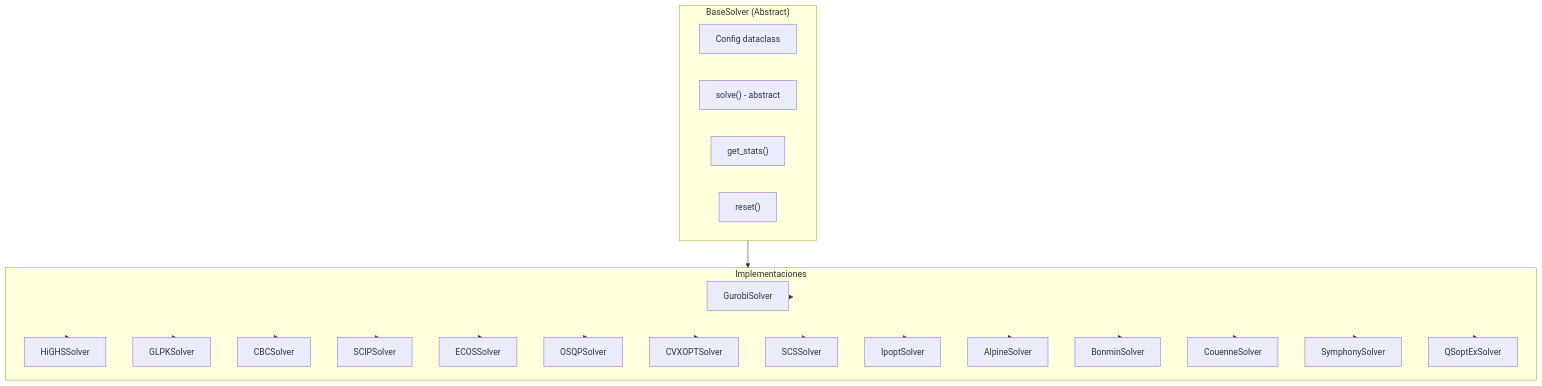
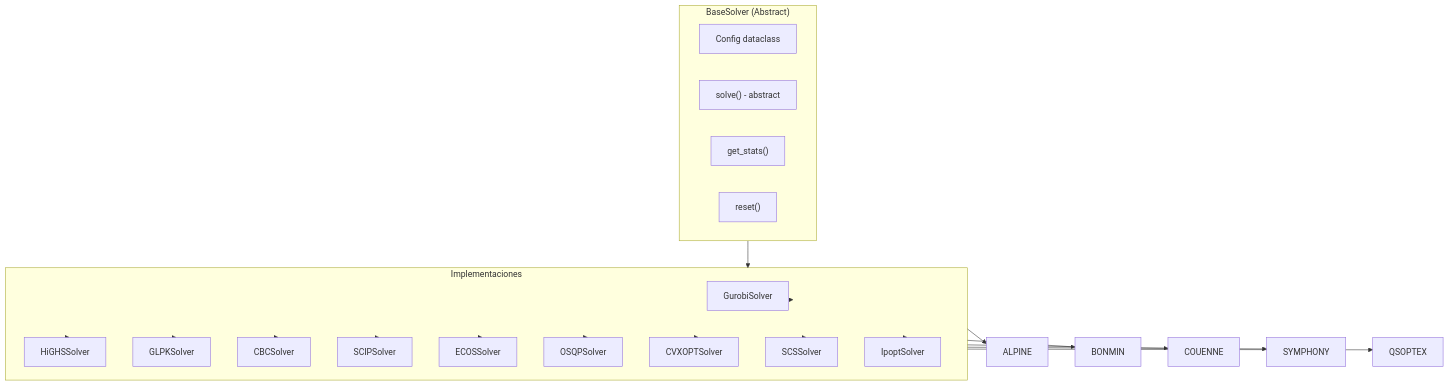
One commit to Oyhs-co/ISLA-LP-Benchmark changed the fifth of 35 diagrams in README.md. Above: the diagram before and after it, drawn with Mermaid. The commit also changed other lines of this file and 21 other files, not shown here.

````diff
--- a/README.md
+++ b/README.md
@@ -305,44 +296,39 @@
 ```mermaid
 flowchart TB
     subgraph BASE["BaseSolver (Abstract)"]
         CONFIG["Config dataclass"]
         SOLVE["solve() - abstract"]
         STATS["get_stats()"]
         RESET["reset()"]
     end
     
     subgraph IMPLEMENTATIONS["Implementaciones"]
         GUROBI["GurobiSolver"]
         HIGHS["HiGHSSolver"]
         GLPK["GLPKSolver"]
         CBC["CBCSolver"]
         SCIP["SCIPSolver"]
         ECOS["ECOSSolver"]
         OSQP["OSQPSolver"]
         CVXOPT["CVXOPTSolver"]
         SCS["SCSSolver"]
         IPOPT["IpoptSolver"]
-        ALPINE["AlpineSolver"]
-        BONMIN["BonminSolver"]
-        COUENNE["CouenneSolver"]
-        SYMPHONY["SymphonySolver"]
-        QSOPTEX["QSoptExSolver"]
     end
     
     BASE --> IMPLEMENTATIONS
     IMPLEMENTATIONS --> GUROBI
     IMPLEMENTATIONS --> HIGHS
     IMPLEMENTATIONS --> GLPK
     IMPLEMENTATIONS --> CBC
     IMPLEMENTATIONS --> SCIP
     IMPLEMENTATIONS --> ECOS
     IMPLEMENTATIONS --> OSQP
     IMPLEMENTATIONS --> CVXOPT
     IMPLEMENTATIONS --> SCS
     IMPLEMENTATIONS --> IPOPT
     IMPLEMENTATIONS --> ALPINE
     IMPLEMENTATIONS --> BONMIN
     IMPLEMENTATIONS --> COUENNE
     IMPLEMENTATIONS --> SYMPHONY
     IMPLEMENTATIONS --> QSOPTEX
 ```
````
